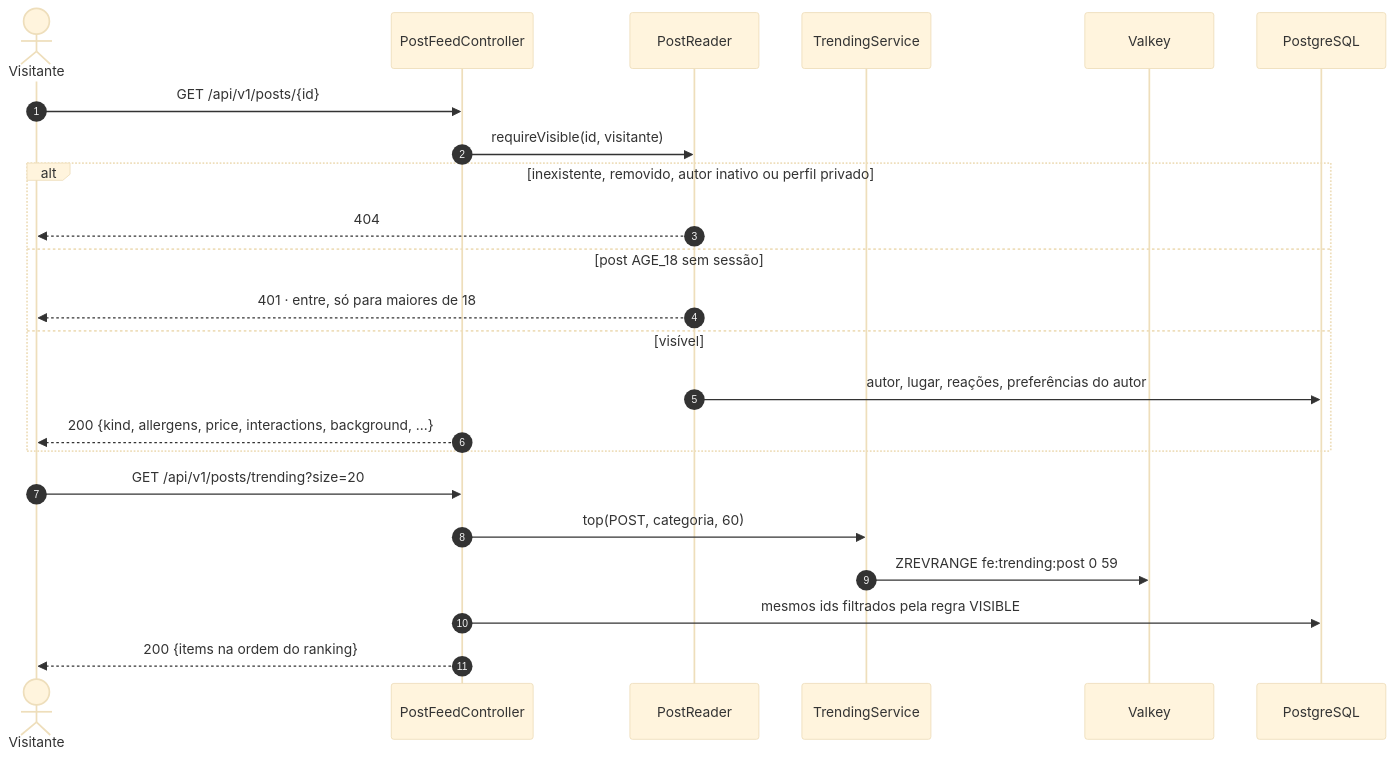
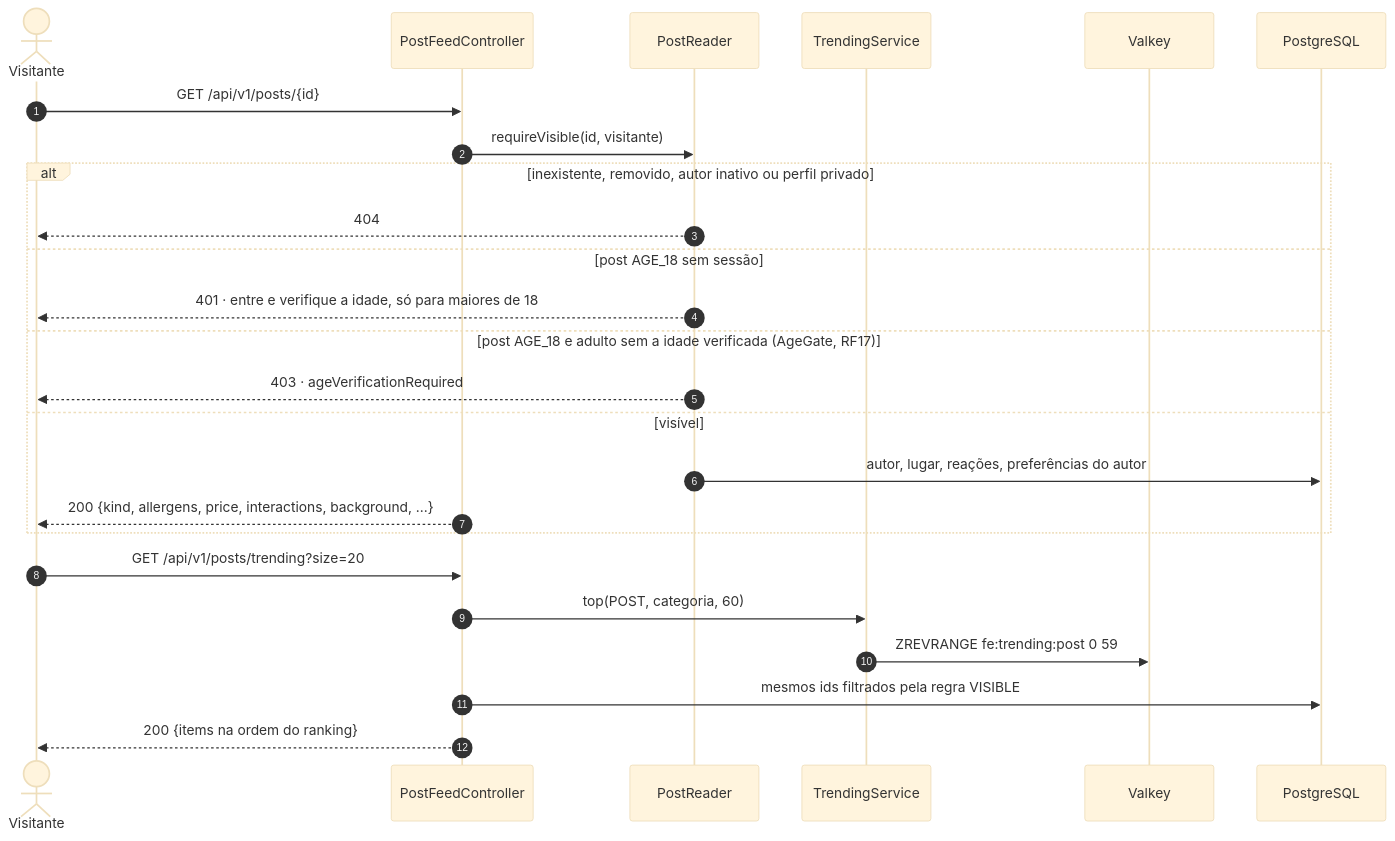
One commit to MatheusHaliski/Friendly-Eats changed the second of 2 diagrams in docs/RF14/sequencia.md. Above: the diagram before and after it, drawn with Mermaid (base theme). The commit also changed 71 other files, not shown here.

````diff
--- a/docs/RF14/sequencia.md
+++ b/docs/RF14/sequencia.md
@@ -31,26 +31,28 @@
 ```mermaid
 sequenceDiagram
     autonumber
     actor V as Visitante
     participant API as PostFeedController
     participant R as PostReader
     participant T as TrendingService
     participant VK as Valkey
     participant DB as PostgreSQL
 
     V->>API: GET /api/v1/posts/{id}
     API->>R: requireVisible(id, visitante)
     alt inexistente, removido, autor inativo ou perfil privado
         R-->>V: 404
     else post AGE_18 sem sessão
-        R-->>V: 401 · entre, só para maiores de 18
+        R-->>V: 401 · entre e verifique a idade, só para maiores de 18
+    else post AGE_18 e adulto sem a idade verificada (AgeGate, RF17)
+        R-->>V: 403 · ageVerificationRequired
     else visível
         R->>DB: autor, lugar, reações, preferências do autor
         API-->>V: 200 {kind, allergens, price, interactions, background, ...}
     end
     V->>API: GET /api/v1/posts/trending?size=20
     API->>T: top(POST, categoria, 60)
     T->>VK: ZREVRANGE fe:trending:post 0 59
     API->>DB: mesmos ids filtrados pela regra VISIBLE
     API-->>V: 200 {items na ordem do ranking}
 ```
````
